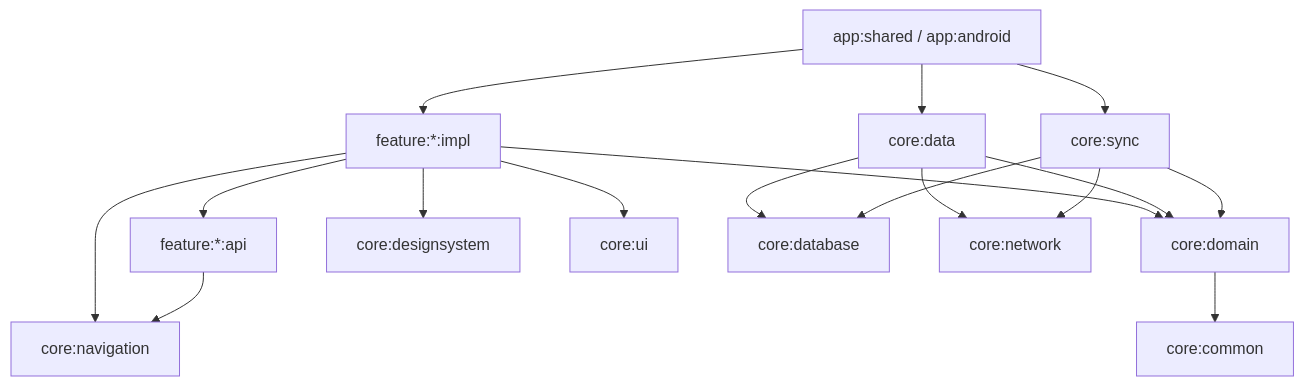
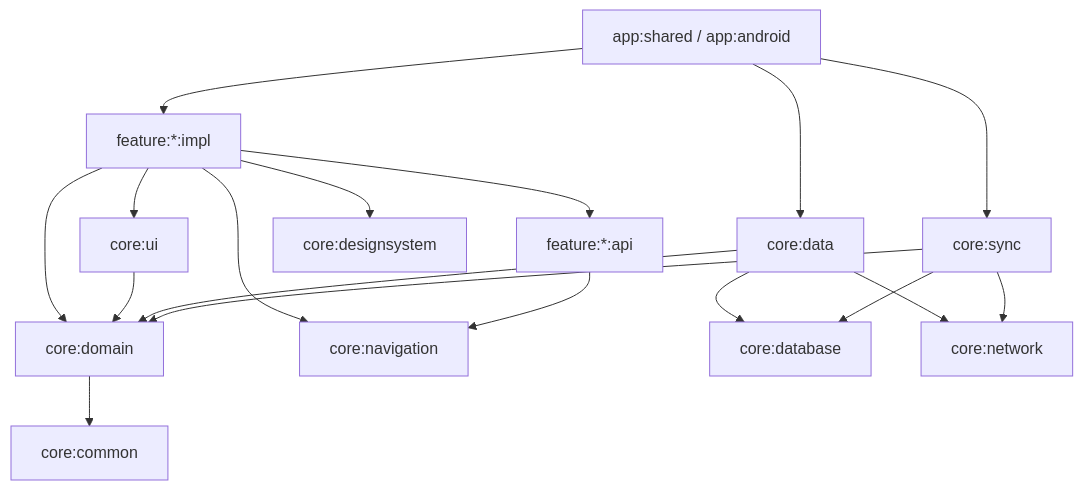
Before and after one commit to kserocki/repz: the first of 2 diagrams in docs/ARCHITECTURE.md, drawn with Mermaid. The commit also changed other lines of this file and 4 other files, not shown here.

````diff
--- a/docs/ARCHITECTURE.md
+++ b/docs/ARCHITECTURE.md
@@ -89,19 +89,20 @@
 ```mermaid
 graph TD
     APP[app:shared / app:android] --> FIMPL[feature:*:impl]
     APP --> DATA[core:data]
     APP --> SYNC[core:sync]
     FIMPL --> FAPI[feature:*:api]
     FIMPL --> DOMAIN[core:domain]
     FIMPL --> DS[core:designsystem]
     FIMPL --> UI[core:ui]
     FIMPL --> NAV[core:navigation]
     FAPI --> NAV
+    UI --> DOMAIN
     DATA --> DOMAIN
     DATA --> DB[core:database]
     DATA --> NET[core:network]
     SYNC --> DB
     SYNC --> NET
     SYNC --> DOMAIN
     DOMAIN --> COMMON[core:common]
 ```
````
